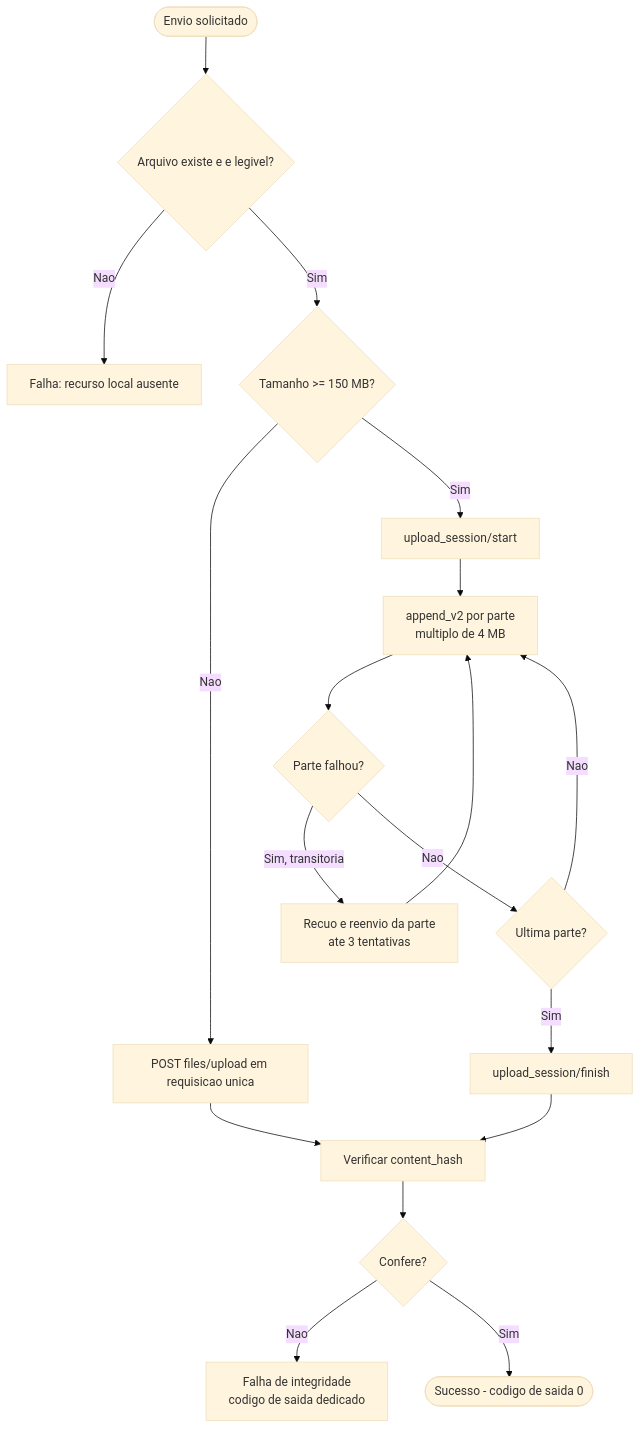
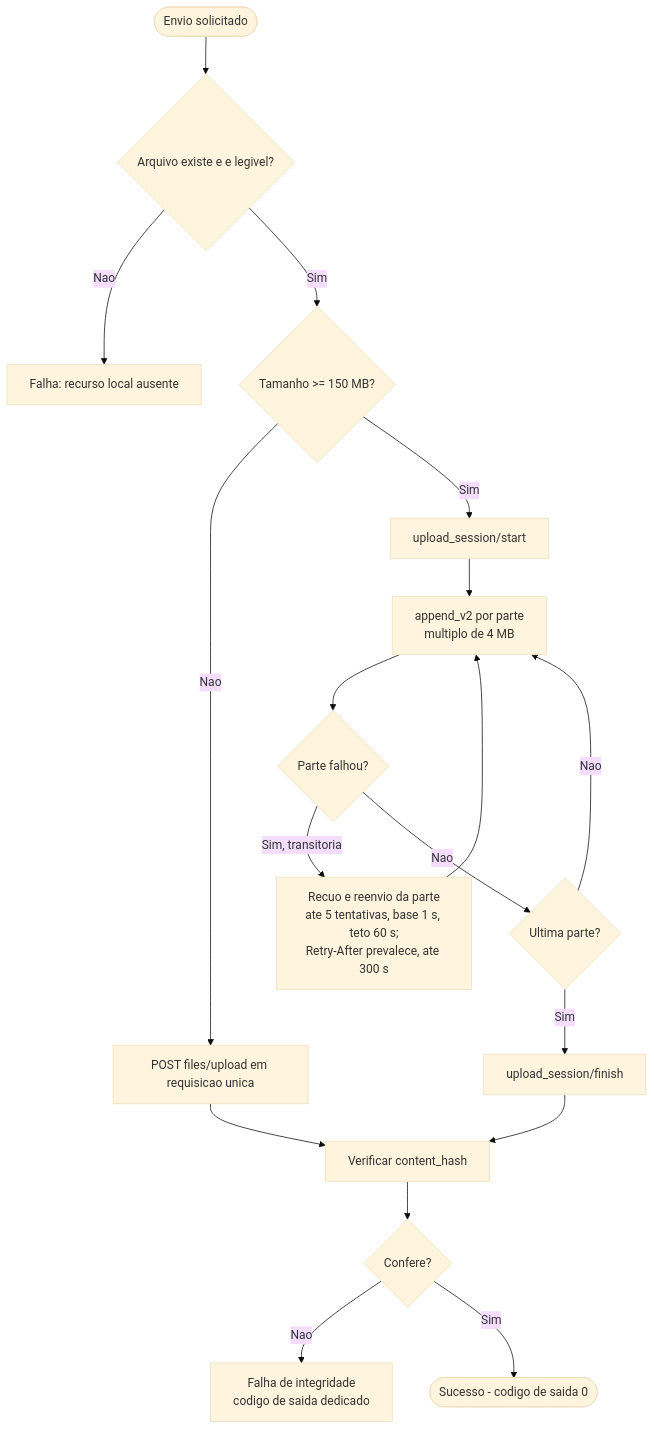
The fifth of 6 diagrams in docs/arquitetura/system-design.md (salesadriano/dropbox_sync), drawn with Mermaid (base theme) before and after one commit. The commit also changed other lines of this file and 32 other files, not shown here.

````diff
--- a/docs/arquitetura/system-design.md
+++ b/docs/arquitetura/system-design.md
@@ -629,20 +638,20 @@
 ```mermaid
 flowchart TD
     A([Envio solicitado]) --> B{Arquivo existe e e legivel?}
     B -->|Nao| BX[Falha: recurso local ausente]
     B -->|Sim| C{Tamanho >= 150 MB?}
     C -->|Nao| D[POST files/upload em requisicao unica]
     C -->|Sim| E[upload_session/start]
     E --> F[append_v2 por parte<br/>multiplo de 4 MB]
     F --> G{Parte falhou?}
-    G -->|Sim, transitoria| H[Recuo e reenvio da parte<br/>ate 3 tentativas]
+    G -->|Sim, transitoria| H[Recuo e reenvio da parte<br/>ate 5 tentativas, base 1 s, teto 60 s;<br/>Retry-After prevalece, ate 300 s]
     H --> F
     G -->|Nao| I{Ultima parte?}
     I -->|Nao| F
     I -->|Sim| J[upload_session/finish]
     D --> K[Verificar content_hash]
     J --> K
     K --> L{Confere?}
     L -->|Nao| M[Falha de integridade<br/>codigo de saida dedicado]
     L -->|Sim| N([Sucesso - codigo de saida 0])
 ```
````
